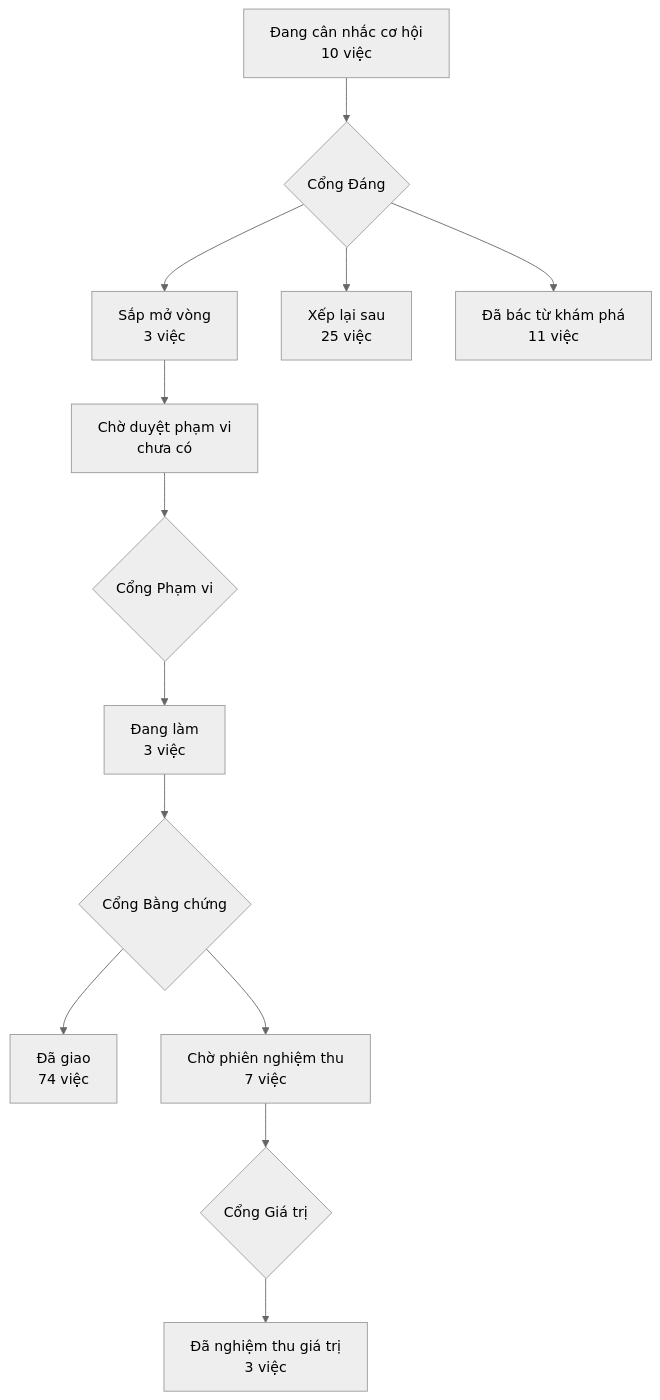
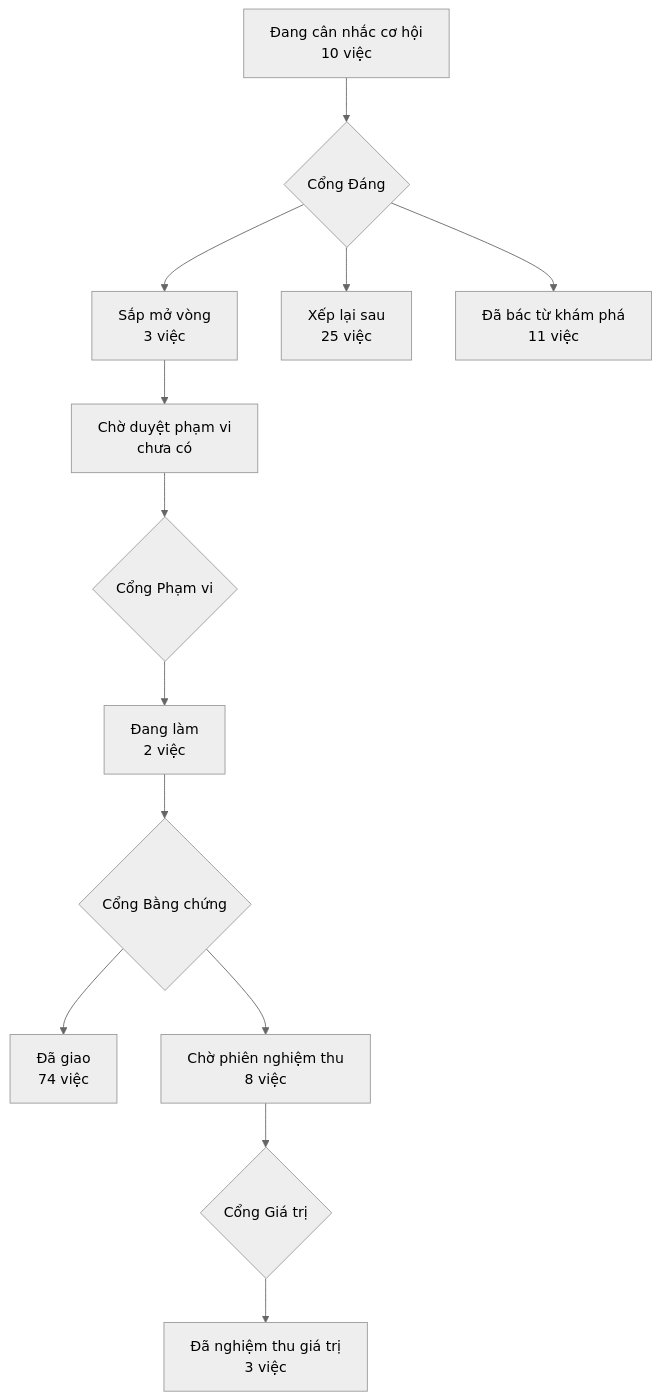
The diagram in PRODUCT-MAP.md (phanlemanh/acceptance-gate-kit), drawn with Mermaid (neutral theme) before and after one commit. The commit also changed 7 other files, not shown here.

````diff
--- a/PRODUCT-MAP.md
+++ b/PRODUCT-MAP.md
@@ -6,12 +6,12 @@
 ```mermaid
 flowchart TD
   A["Đang cân nhắc cơ hội<br/>10 việc"] --> GD{"Cổng Đáng"}
   GD --> B["Sắp mở vòng<br/>3 việc"]
   GD --> XL["Xếp lại sau<br/>25 việc"]
   GD --> DB["Đã bác từ khám phá<br/>11 việc"]
   B --> CD["Chờ duyệt phạm vi<br/>chưa có"] --> GP{"Cổng Phạm vi"}
-  GP --> DL["Đang làm<br/>3 việc"] --> GB{"Cổng Bằng chứng"}
+  GP --> DL["Đang làm<br/>2 việc"] --> GB{"Cổng Bằng chứng"}
   GB --> DG["Đã giao<br/>74 việc"]
-  GB --> CN["Chờ phiên nghiệm thu<br/>7 việc"] --> GG{"Cổng Giá trị"}
+  GB --> CN["Chờ phiên nghiệm thu<br/>8 việc"] --> GG{"Cổng Giá trị"}
   GG --> NT["Đã nghiệm thu giá trị<br/>3 việc"]
 ```
````
